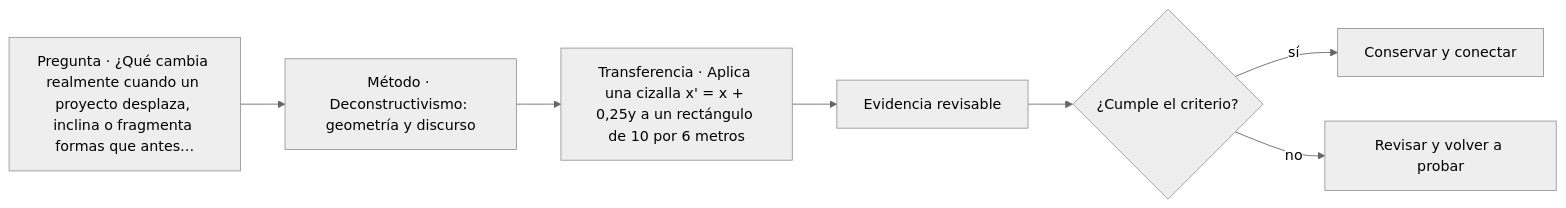
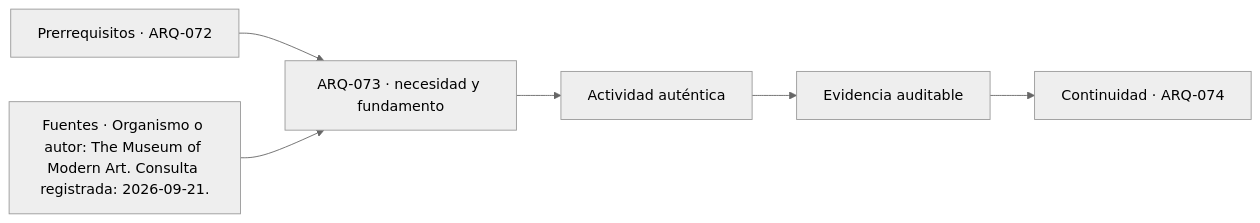
One commit to vladimiracunadev-create/architecture-built-environment-learning-program changed the diagram in classes/parte-08/ARQ-073.md. Above: the diagram before and after it, drawn with Mermaid (neutral theme). The commit also changed other lines of this file and 761 other files, not shown here.

````diff
--- a/classes/parte-08/ARQ-073.md
+++ b/classes/parte-08/ARQ-073.md
@@ -97,9 +109,8 @@
 ```mermaid
 flowchart LR
-    Q["Pregunta · ¿Qué cambia realmente cuando un proyecto desplaza, inclina o fragmenta formas que antes…"] --> M["Método · Deconstructivismo: geometría y discurso"]
-    M --> P["Transferencia · Aplica una cizalla x' = x + 0,25y a un rectángulo de 10 por 6 metros"]
-    P --> E["Evidencia revisable"]
-    E --> C{"¿Cumple el criterio?"}
-    C -->|sí| T["Conservar y conectar"]
-    C -->|no| R["Revisar y volver a probar"]
+    A["Prerrequisitos · ARQ-072"] --> B["ARQ-073 · necesidad y fundamento"]
+    S["Fuentes · Organismo o autor: The Museum of Modern Art. Consulta registrada: 2026-09-21."] --> B
+    B --> C["Actividad auténtica"]
+    C --> D["Evidencia auditable"]
+    D --> E["Continuidad · ARQ-074"]
 ```
````
